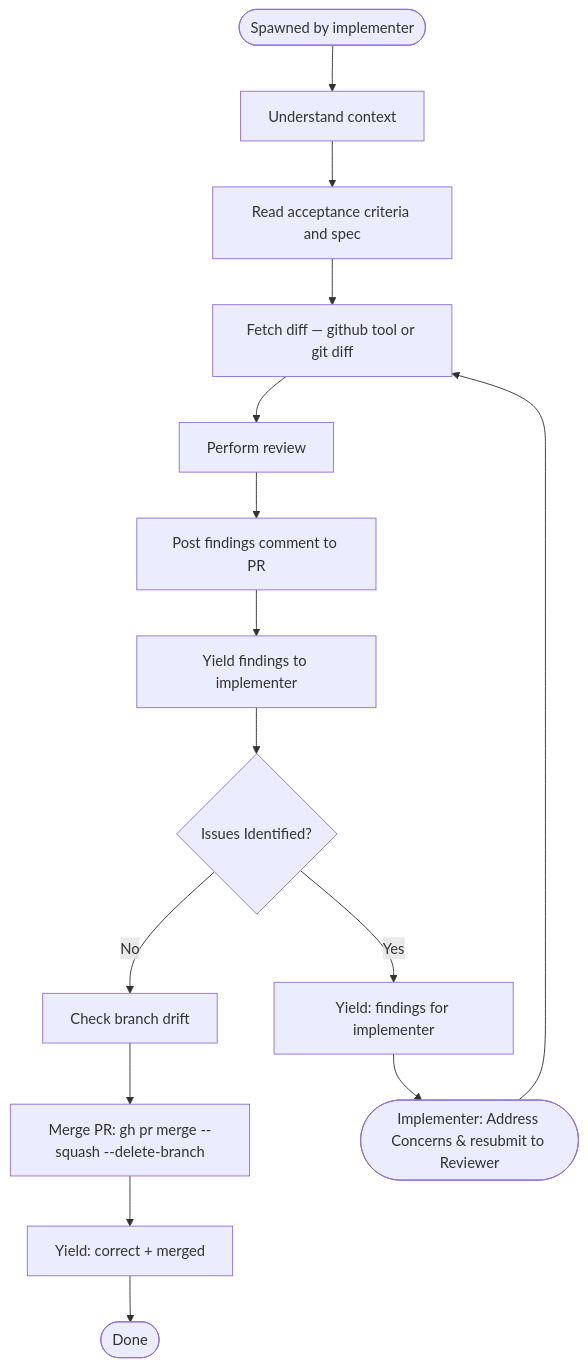
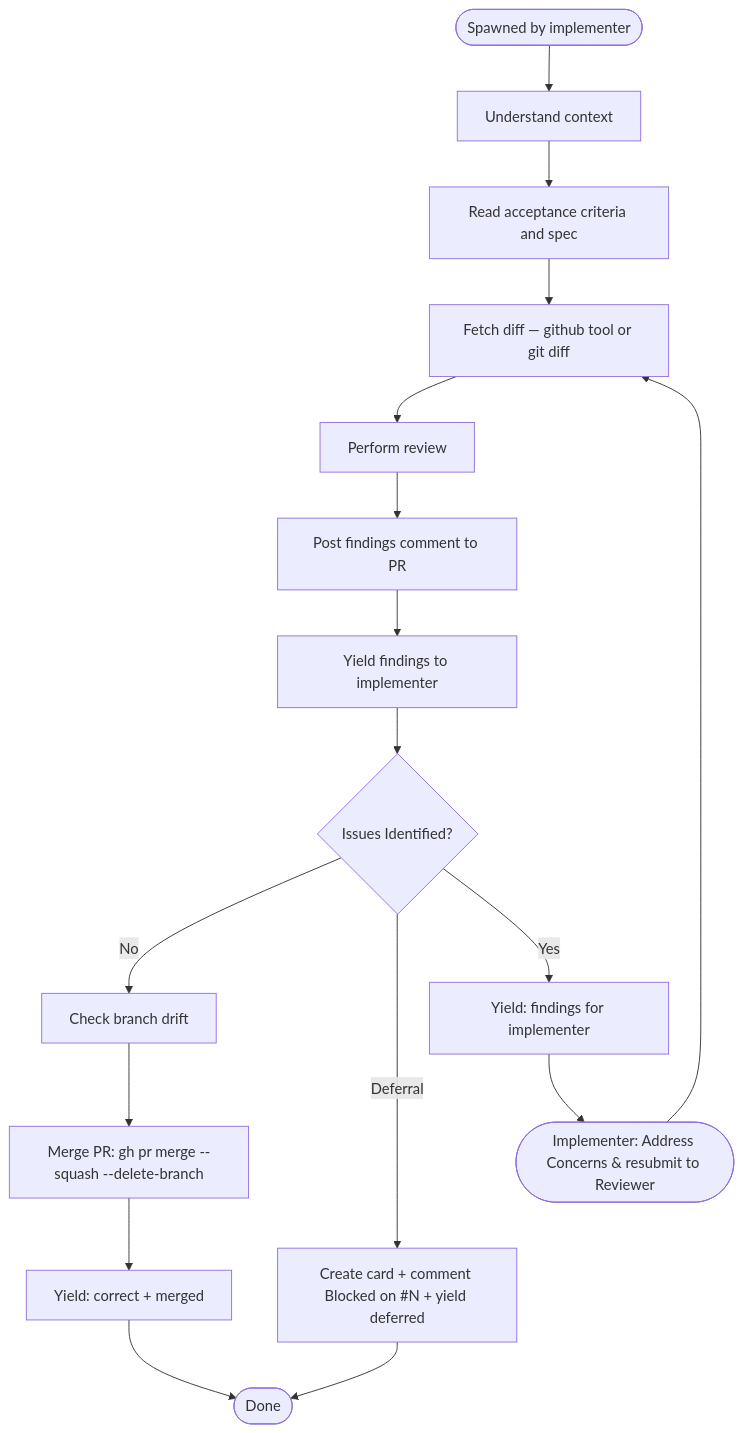
One commit to czer323/gtabs changed the diagram in .omp/agents/pit-reviewer.md. Above: the diagram before and after it, drawn with Mermaid. The commit also changed other lines of this file and 1 other file, not shown here.

Commit message:
chore(agents): codify reviewer deferral protocol (#52)

````diff
--- a/.omp/agents/pit-reviewer.md
+++ b/.omp/agents/pit-reviewer.md
@@ -64,20 +64,23 @@
 ```mermaid
 flowchart TD
     Start(["Spawned by implementer"]) --> Context[Understand context]
     Context --> A1[Read acceptance criteria and spec]
     A1 --> Fetch[Fetch diff — github tool or git diff]
     Fetch --> Review[Perform review]
 
     Review --> Post[Post findings comment to PR]
     Post --> Yield[Yield findings to implementer]
     Yield --> Decision{Issues Identified?}
 
     Decision -->|No| Drift[Check branch drift]
     Drift --> Merge[Merge PR: gh pr merge --squash --delete-branch]
     Merge --> YieldApproved[Yield: correct + merged]
     YieldApproved --> Done(["Done"])
 
+    Decision -->|Deferral| Defer[Create card + comment Blocked on #N + yield deferred]
+    Defer --> Done(["Done"])
+
     Decision -->|Yes| YieldFindings[Yield: findings for implementer]
     YieldFindings --> Wait(["Implementer: Address Concerns & resubmit to Reviewer"])
     Wait --> Fetch
 ```
````
